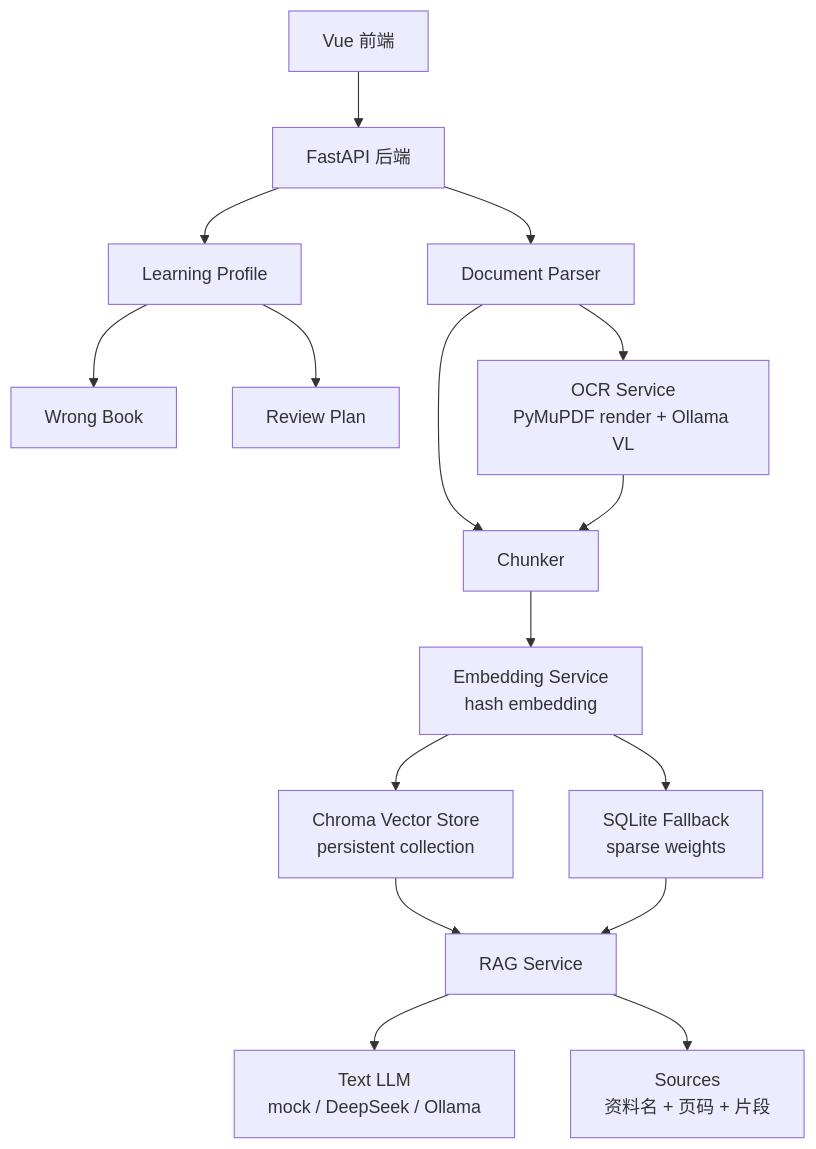
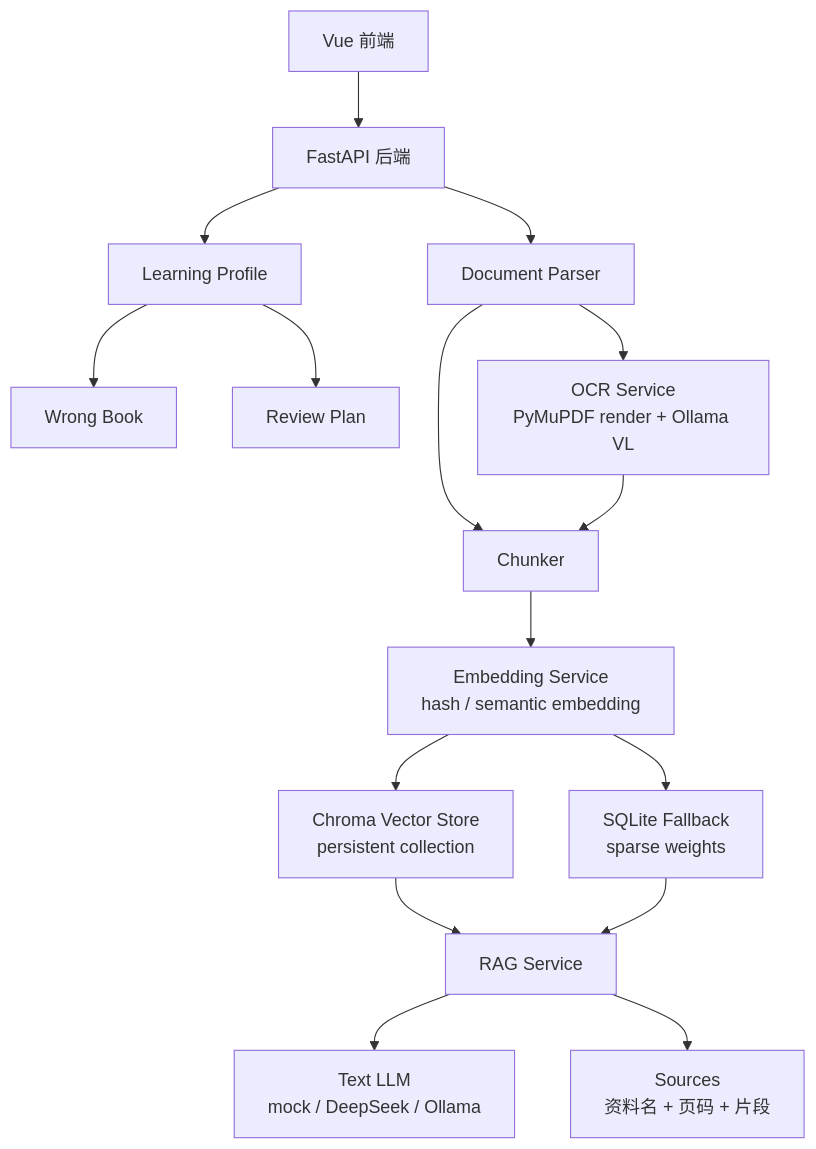
One commit to wangjojo666/studymate changed the diagram in README.md. Above: the diagram before and after it, drawn with Mermaid. The commit also changed other lines of this file and 30 other files, not shown here.

````diff
--- a/README.md
+++ b/README.md
@@ -53,18 +53,18 @@
 ```mermaid
 flowchart TD
   A["Vue 前端"] --> B["FastAPI 后端"]
   B --> C["Document Parser"]
   C --> D["Chunker"]
-  D --> E["Embedding Service<br/>hash embedding"]
+  D --> E["Embedding Service<br/>hash / semantic embedding"]
   E --> M["Chroma Vector Store<br/>persistent collection"]
   E --> N["SQLite Fallback<br/>sparse weights"]
   M --> F["RAG Service"]
   N --> F
   F --> G["Text LLM<br/>mock / DeepSeek / Ollama"]
   F --> H["Sources<br/>资料名 + 页码 + 片段"]
   B --> I["Learning Profile"]
   I --> J["Wrong Book"]
   I --> K["Review Plan"]
   C --> L["OCR Service<br/>PyMuPDF render + Ollama VL"]
   L --> D
 ```
````
